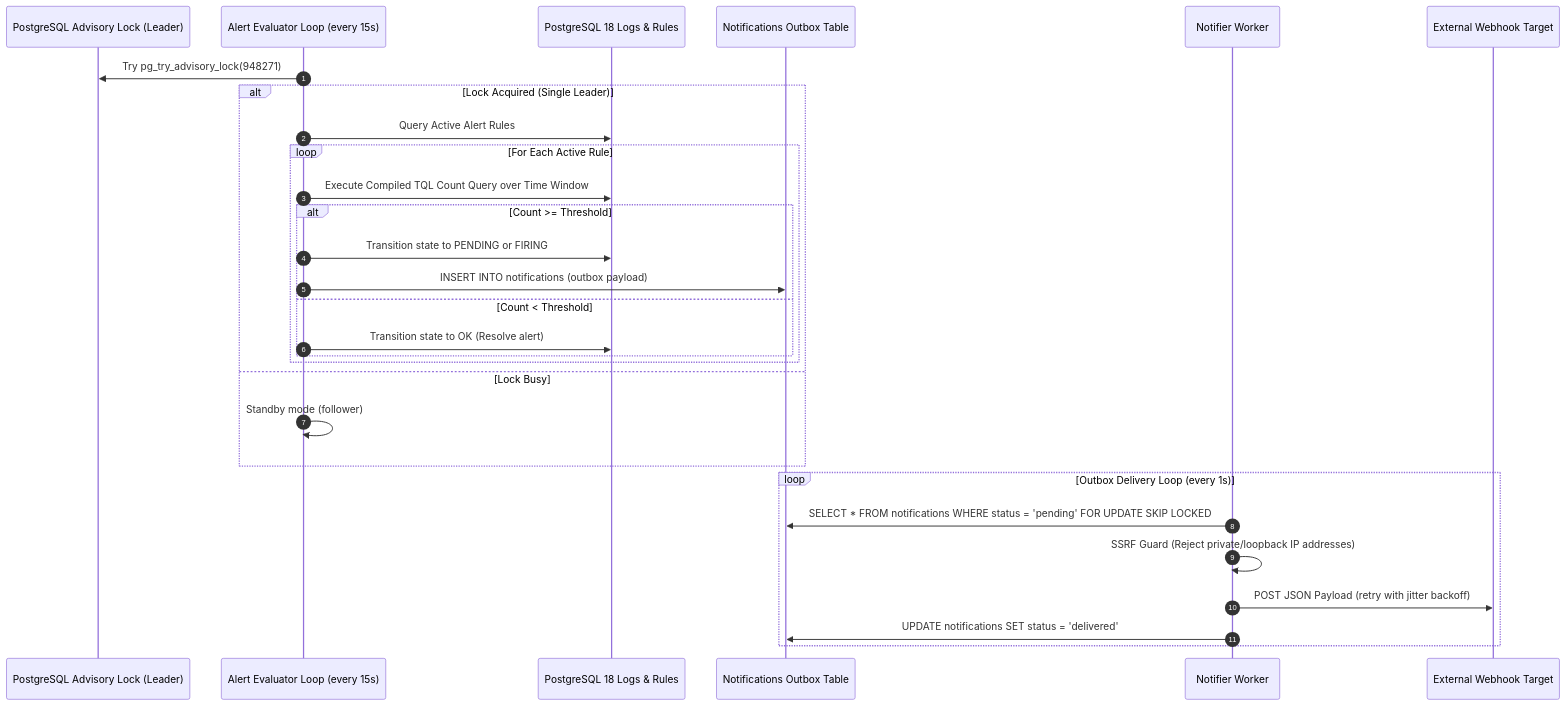
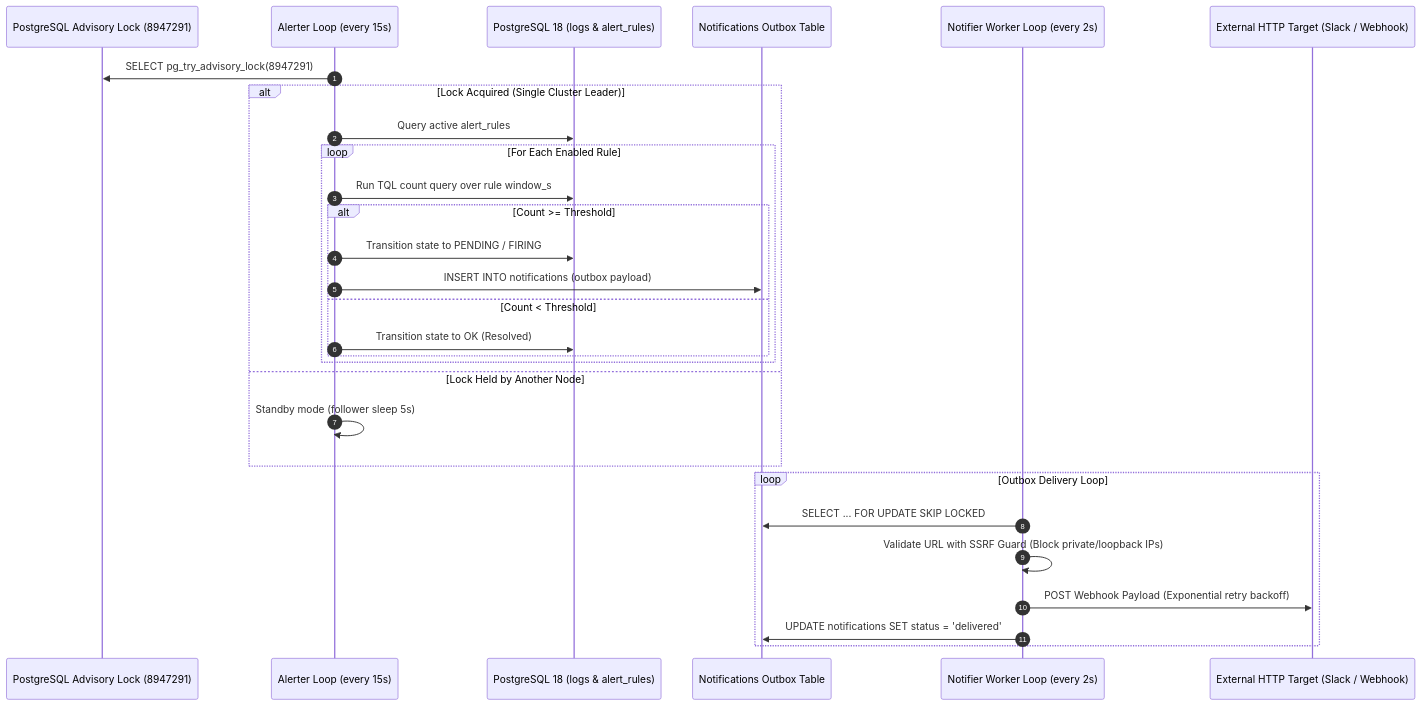
One commit to ADI-2707/Tailwatch changed the second of 3 diagrams in server/README.md. Above: the diagram before and after it, drawn with Mermaid. The commit also changed other lines of this file and 5 other files, not shown here.

Commit message:
docs: update root and subsystem readmes with flowcharts, architecture diagrams, and component trees

````diff
--- a/server/README.md
+++ b/server/README.md
@@ -35,33 +44,33 @@
 ```mermaid
 sequenceDiagram
     autonumber
-    participant Lock as PostgreSQL Advisory Lock (Leader)
-    participant Eval as Alert Evaluator Loop (every 15s)
-    participant DB as PostgreSQL 18 Logs & Rules
+    participant Lock as PostgreSQL Advisory Lock (8947291)
+    participant Eval as Alerter Loop (every 15s)
+    participant DB as PostgreSQL 18 (logs & alert_rules)
     participant Outbox as Notifications Outbox Table
-    participant Notifier as Notifier Worker
-    participant Webhook as External Webhook Target
+    participant Notifier as Notifier Worker Loop (every 2s)
+    participant Webhook as External HTTP Target (Slack / Webhook)
 
-    Eval->>Lock: Try pg_try_advisory_lock(948271)
-    alt Lock Acquired (Single Leader)
-        Eval->>DB: Query Active Alert Rules
-        loop For Each Active Rule
-            Eval->>DB: Execute Compiled TQL Count Query over Time Window
+    Eval->>Lock: SELECT pg_try_advisory_lock(8947291)
+    alt Lock Acquired (Single Cluster Leader)
+        Eval->>DB: Query active alert_rules
+        loop For Each Enabled Rule
+            Eval->>DB: Run TQL count query over rule window_s
             alt Count >= Threshold
-                Eval->>DB: Transition state to PENDING or FIRING
+                Eval->>DB: Transition state to PENDING / FIRING
                 Eval->>Outbox: INSERT INTO notifications (outbox payload)
             else Count < Threshold
-                Eval->>DB: Transition state to OK (Resolve alert)
+                Eval->>DB: Transition state to OK (Resolved)
             end
         end
-    else Lock Busy
-        Eval->>Eval: Standby mode (follower)
+    else Lock Held by Another Node
+        Eval->>Eval: Standby mode (follower sleep 5s)
     end
 
-    loop Outbox Delivery Loop (every 1s)
-        Notifier->>Outbox: SELECT * FROM notifications WHERE status = 'pending' FOR UPDATE SKIP LOCKED
-        Notifier->>Notifier: SSRF Guard (Reject private/loopback IP addresses)
-        Notifier->>Webhook: POST JSON Payload (retry with jitter backoff)
+    loop Outbox Delivery Loop
+        Notifier->>Outbox: SELECT ... FOR UPDATE SKIP LOCKED
+        Notifier->>Notifier: Validate URL with SSRF Guard (Block private/loopback IPs)
+        Notifier->>Webhook: POST Webhook Payload (Exponential retry backoff)
         Notifier->>Outbox: UPDATE notifications SET status = 'delivered'
     end
 ```
````
